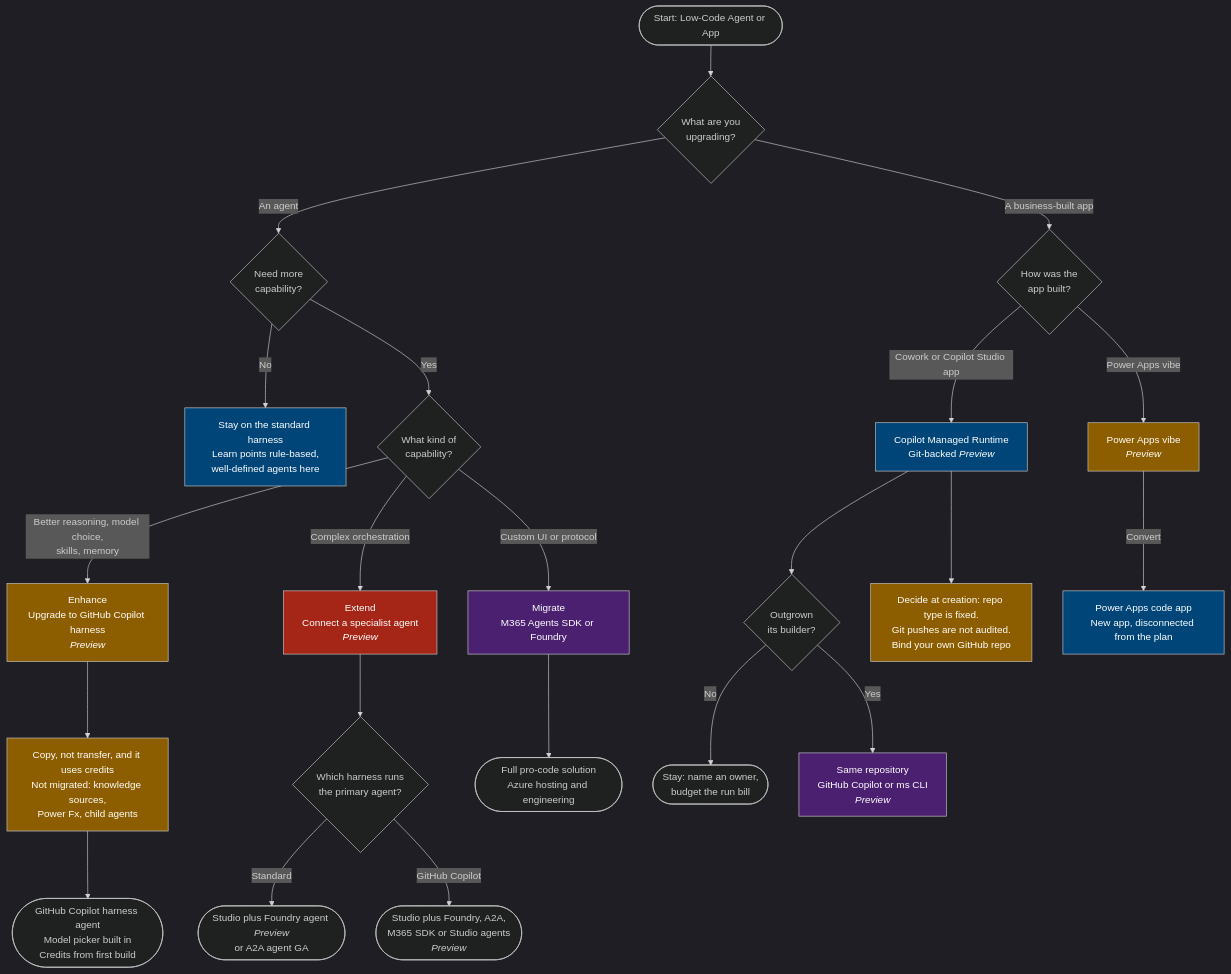
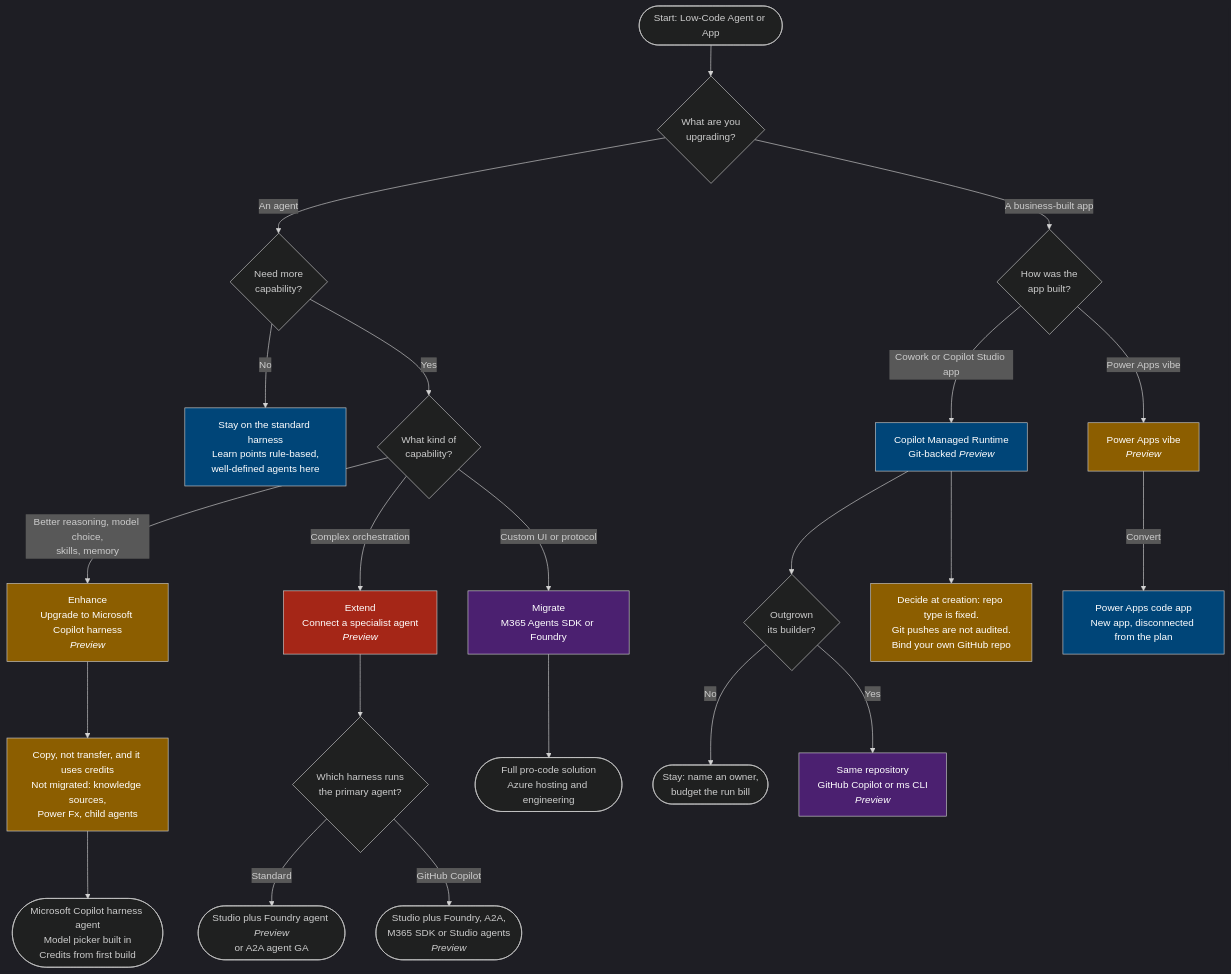
Before and after one commit to microsoft/Microsoft-AI-Decision-Framework: the eighth of 10 diagrams in docs/visual-framework.md, drawn with Mermaid. The commit also changed other lines of this file and 21 other files, not shown here.

````diff
--- a/docs/visual-framework.md
+++ b/docs/visual-framework.md
@@ -1078,45 +1080,45 @@
 ```mermaid
 %%{init: {'theme':'dark'}}%%
 flowchart TD
     Start([Start: Low-Code Agent or App]) --> Q0{What are you<br/>upgrading?}
 
     Q0 -->|An agent| Q1{Need more<br/>capability?}
     Q0 -->|A business-built app| A1{How was the<br/>app built?}
 
     Q1 -->|No| Stay[Stay on the standard harness<br/>Learn points rule-based,<br/>well-defined agents here]
     Q1 -->|Yes| Q2{What kind of<br/>capability?}
 
-    Q2 -->|Better reasoning, model choice,<br/>skills, memory| Path1[Enhance<br/>Upgrade to GitHub Copilot harness<br/><i>Preview</i>]
+    Q2 -->|Better reasoning, model choice,<br/>skills, memory| Path1[Enhance<br/>Upgrade to Microsoft Copilot harness<br/><i>Preview</i>]
     Q2 -->|Complex orchestration| Path2[Extend<br/>Connect a specialist agent<br/><i>Preview</i>]
     Q2 -->|Custom UI or protocol| Path3[Migrate<br/>M365 Agents SDK or Foundry]
 
     Path1 --> Warn1[Copy, not transfer, and it uses credits<br/>Not migrated: knowledge sources,<br/>Power Fx, child agents]
-    Warn1 --> Result1([GitHub Copilot harness agent<br/>Model picker built in<br/>Credits from first build])
+    Warn1 --> Result1([Microsoft Copilot harness agent<br/>Model picker built in<br/>Credits from first build])
 
     Path2 --> Ext1{Which harness runs<br/>the primary agent?}
     Ext1 -->|Standard| Result2a([Studio plus Foundry agent <i>Preview</i><br/>or A2A agent GA])
     Ext1 -->|GitHub Copilot| Result2b([Studio plus Foundry, A2A,<br/>M365 SDK or Studio agents<br/><i>Preview</i>])
 
     Path3 --> Result3([Full pro-code solution<br/>Azure hosting and engineering])
 
     A1 -->|Cowork or Copilot Studio app| B1[Copilot Managed Runtime<br/>Git-backed <i>Preview</i>]
     A1 -->|Power Apps vibe| V1[Power Apps vibe<br/><i>Preview</i>]
 
     B1 --> B2{Outgrown<br/>its builder?}
     B1 --> Warn2[Decide at creation: repo type is fixed.<br/>Git pushes are not audited.<br/>Bind your own GitHub repo]
     B2 -->|No| B3([Stay: name an owner,<br/>budget the run bill])
     B2 -->|Yes| B4[Same repository<br/>GitHub Copilot or ms CLI<br/><i>Preview</i>]
 
     V1 -->|Convert| V2[Power Apps code app<br/>New app, disconnected from the plan]
 
     style Stay fill:#004578,color:#fff
     style Path1 fill:#8c5e00,color:#fff
     style Path2 fill:#a52617,color:#fff
     style Path3 fill:#4b2070,color:#fff
     style Warn1 fill:#8c5e00,color:#fff
     style Warn2 fill:#8c5e00,color:#fff
     style B1 fill:#004578,color:#fff
     style B4 fill:#4b2070,color:#fff
     style V1 fill:#8c5e00,color:#fff
     style V2 fill:#004578,color:#fff
 ```
````
